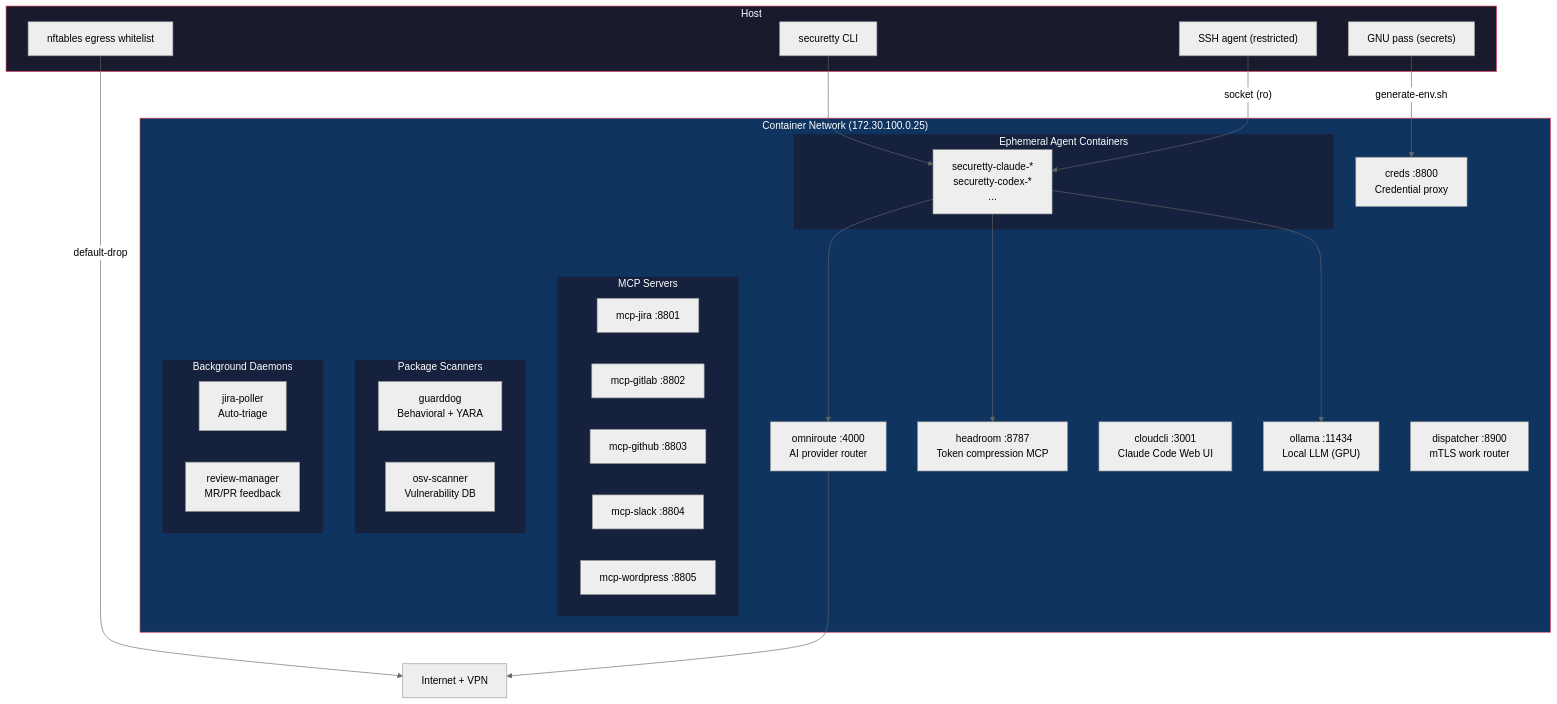
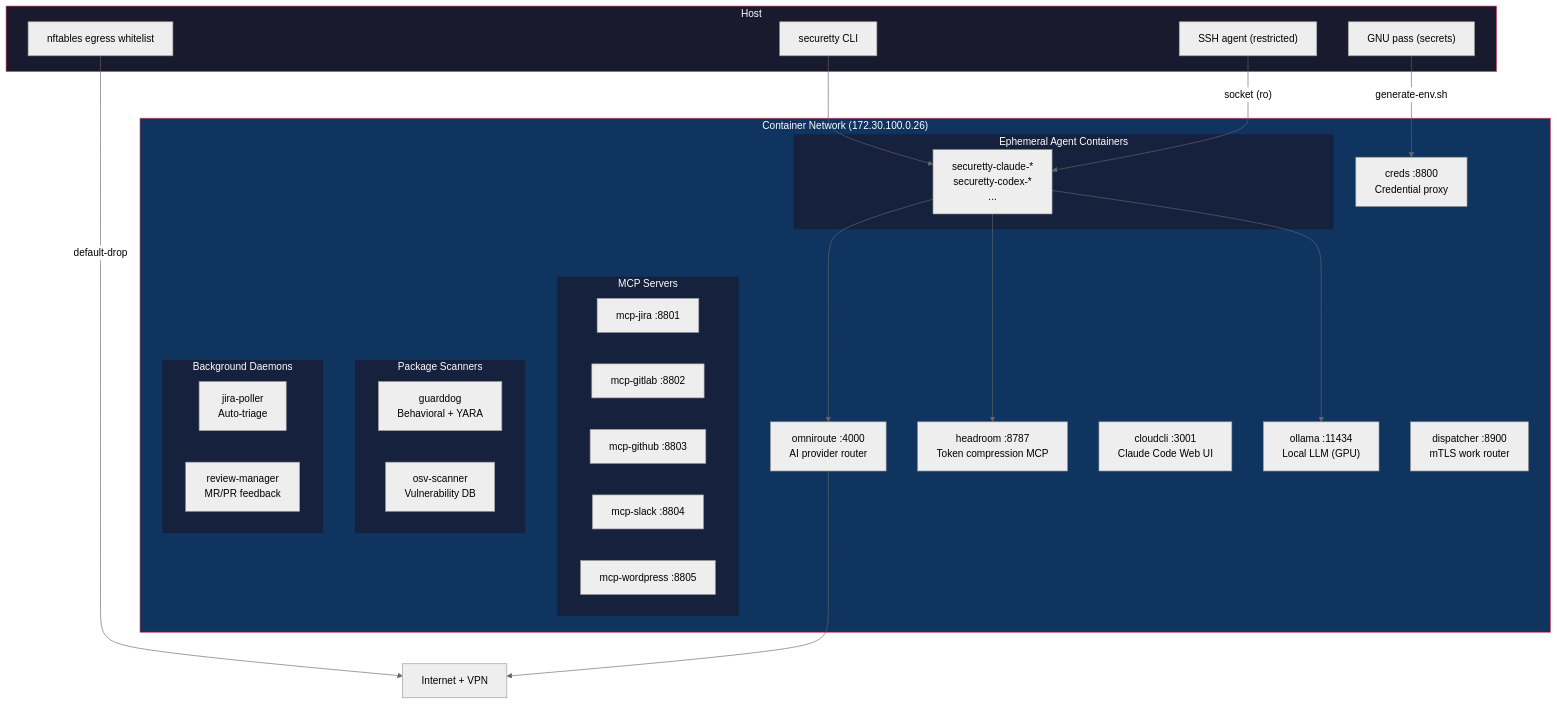
One commit to dmzoneill/securetty changed the first of 2 diagrams in README.md. Above: the diagram before and after it, drawn with Mermaid (neutral theme). The commit also changed 1 other file, not shown here.

Commit message:
chore: bump version to v0.0.26

````diff
--- a/README.md
+++ b/README.md
@@ -7,58 +7,58 @@
 ```mermaid
 graph TD
     Internet["Internet + VPN"]
 
     subgraph host["Host"]
         CLI["securetty CLI"]
         SSHAgent["SSH agent (restricted)"]
         Pass["GNU pass (secrets)"]
         Egress["nftables egress whitelist"]
     end
 
-    subgraph network["Container Network (172.30.100.0.25)"]
+    subgraph network["Container Network (172.30.100.0.26)"]
         OmniRoute["omniroute :4000\nAI provider router"]
         Headroom["headroom :8787\nToken compression MCP"]
         CloudCLI["cloudcli :3001\nClaude Code Web UI"]
         Ollama["ollama :11434\nLocal LLM (GPU)"]
         Creds["creds :8800\nCredential proxy"]
         Dispatcher["dispatcher :8900\nmTLS work router"]
 
         subgraph mcp["MCP Servers"]
             Jira["mcp-jira :8801"]
             GitLab["mcp-gitlab :8802"]
             GitHub["mcp-github :8803"]
             Slack["mcp-slack :8804"]
             WordPress["mcp-wordpress :8805"]
         end
 
         subgraph scanners["Package Scanners"]
             GuardDog["guarddog\nBehavioral + YARA"]
             OSV["osv-scanner\nVulnerability DB"]
         end
 
         subgraph agents["Ephemeral Agent Containers"]
             Dev["securetty-claude-*\nsecuretty-codex-*\n..."]
         end
 
         subgraph daemons["Background Daemons"]
             JiraPoller["jira-poller\nAuto-triage"]
             ReviewMgr["review-manager\nMR/PR feedback"]
         end
     end
 
     CLI --> Dev
     Pass -->|"generate-env.sh"| Creds
     SSHAgent -->|"socket (ro)"| Dev
     Egress -->|"default-drop"| Internet
     Dev --> OmniRoute
     Dev --> Headroom
     Dev --> Ollama
     OmniRoute --> Internet
 
     style network fill:#0f3460,stroke:#e94560,color:#fff
     style host fill:#1a1a2e,stroke:#e94560,color:#fff
     style mcp fill:#16213e,stroke:#0f3460,color:#fff
     style scanners fill:#16213e,stroke:#0f3460,color:#fff
     style agents fill:#16213e,stroke:#0f3460,color:#fff
     style daemons fill:#16213e,stroke:#0f3460,color:#fff
 ```
````
